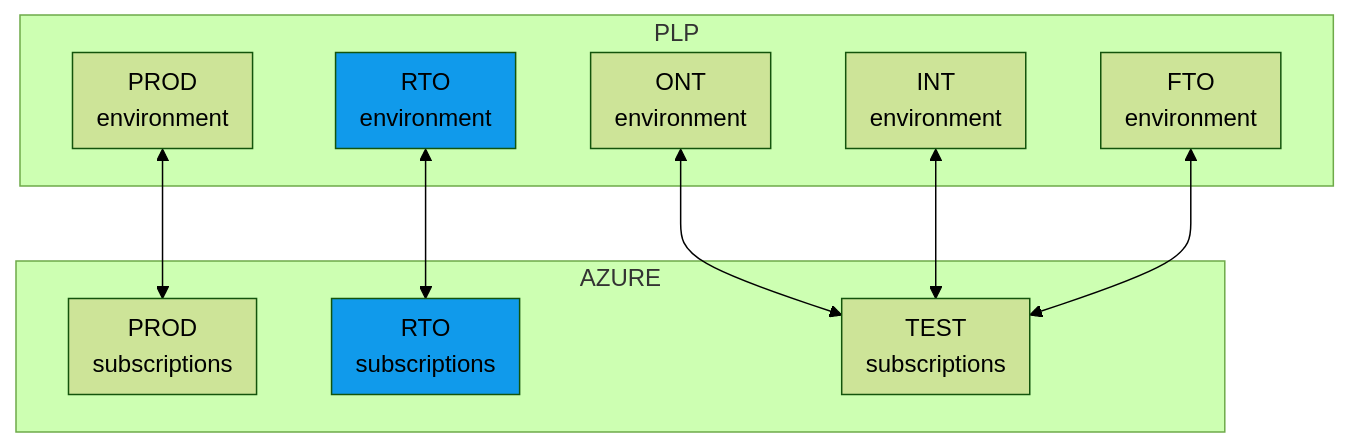
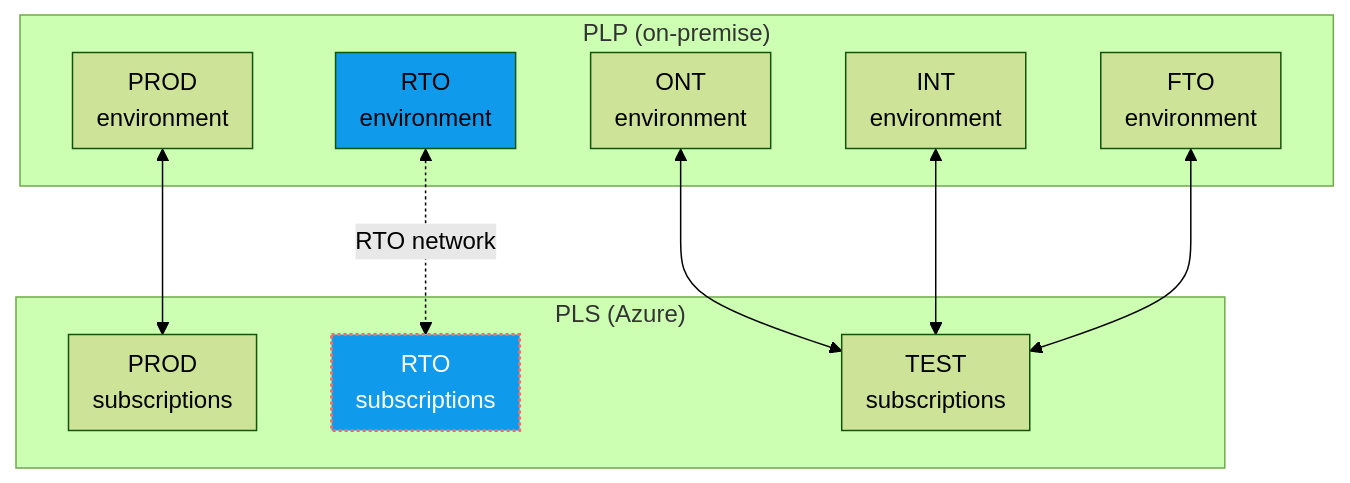
The diagram in docs/restore/infrastructure/index.md (kosteh/cnt-doc), drawn with Mermaid (forest theme) before and after one commit. The commit also changed other lines of this file, not shown here.

````diff
--- a/docs/restore/infrastructure/index.md
+++ b/docs/restore/infrastructure/index.md
@@ -14,31 +14,34 @@
 ```mermaid
 flowchart TD
     direction LR
-    subgraph PLP
+    subgraph PLP["PLP (on-premise)"]
         subgraph PLP-ONT["ONT\nenvironment"]
         end
         subgraph PLP-INT["INT\nenvironment"]
         end
         subgraph PLP-FTO["FTO\nenvironment"]
         end
         subgraph PLP-RTO["RTO\nenvironment"]
         end
         subgraph PLP-PROD["PROD\nenvironment"]
         end
     end
-    subgraph AZURE
+    
+    subgraph PLS["PLS (Azure)"]
         subgraph AZ-TEST["TEST\nsubscriptions"]
         end
         subgraph AZ-RTO["RTO\nsubscriptions"]
         end
         subgraph AZ-PROD["PROD\nsubscriptions"]
         end
     end
 
     classDef BLUE fill:#109AEB
+    classDef BLUE-DASH fill:#109AEB,stroke:#f66,stroke-width:2px,color:#fff,stroke-dasharray: 2 2
+
     PLP-ONT <--> AZ-TEST
     PLP-INT <--> AZ-TEST
     PLP-FTO <--> AZ-TEST
-    PLP-RTO:::BLUE <--> AZ-RTO:::BLUE
+    PLP-RTO:::BLUE <-.->|RTO network| AZ-RTO:::BLUE-DASH
     PLP-PROD <--> AZ-PROD
 ```
````
